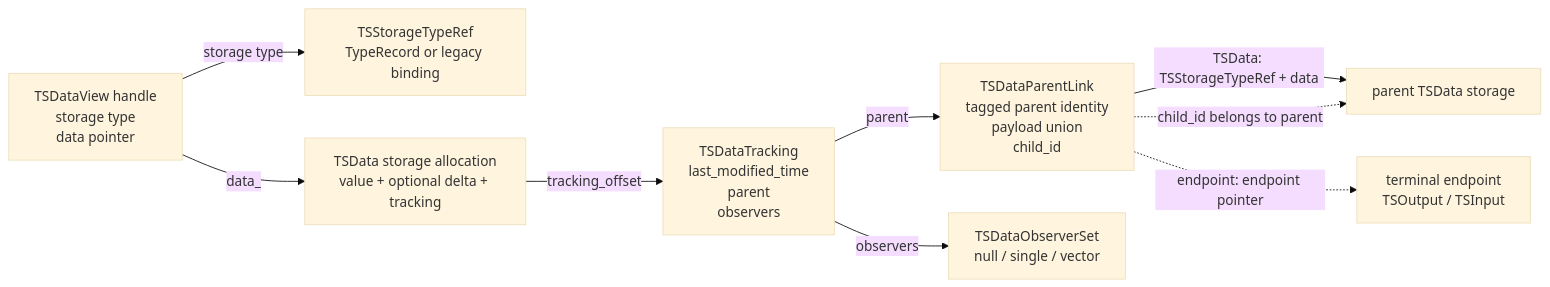
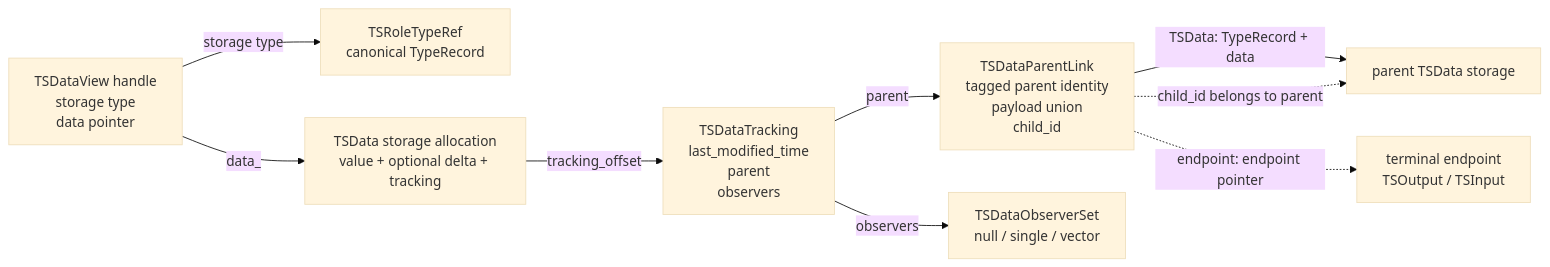
The seventh of 10 diagrams in docs/source/developer_guide/data_structures/plans_and_ops/time_series.rst (hhenson/hg_cpp), drawn with Mermaid (base theme) before and after one commit. The commit also changed other lines of this file and 70 other files, not shown here.

```diff
--- a/docs/source/developer_guide/data_structures/plans_and_ops/time_series.rst
+++ b/docs/source/developer_guide/data_structures/plans_and_ops/time_series.rst
@@ -922,20 +917,20 @@
 .. mermaid::
 
    flowchart LR
       View["TSDataView handle<br/>storage type<br/>data pointer"]
-      Type["TSStorageTypeRef<br/>TypeRecord or legacy binding"]
+      Type["TSRoleTypeRef<br/>canonical TypeRecord"]
       Data["TSData storage allocation<br/>value + optional delta + tracking"]
       Tracking["TSDataTracking<br/>last_modified_time<br/>parent<br/>observers"]
       Link["TSDataParentLink<br/>tagged parent identity<br/>payload union<br/>child_id"]
       Observers["TSDataObserverSet<br/>null / single / vector"]
       ParentData["parent TSData storage"]
       Endpoint["terminal endpoint<br/>TSOutput / TSInput"]
 
       View -->|storage type| Type
       View -->|data_| Data
       Data -->|tracking_offset| Tracking
       Tracking -->|parent| Link
       Tracking -->|observers| Observers
-      Link -->|TSData: TSStorageTypeRef + data| ParentData
+      Link -->|TSData: TypeRecord + data| ParentData
       Link -.endpoint: endpoint pointer.-> Endpoint
       Link -.child_id belongs to parent.-> ParentData
```
